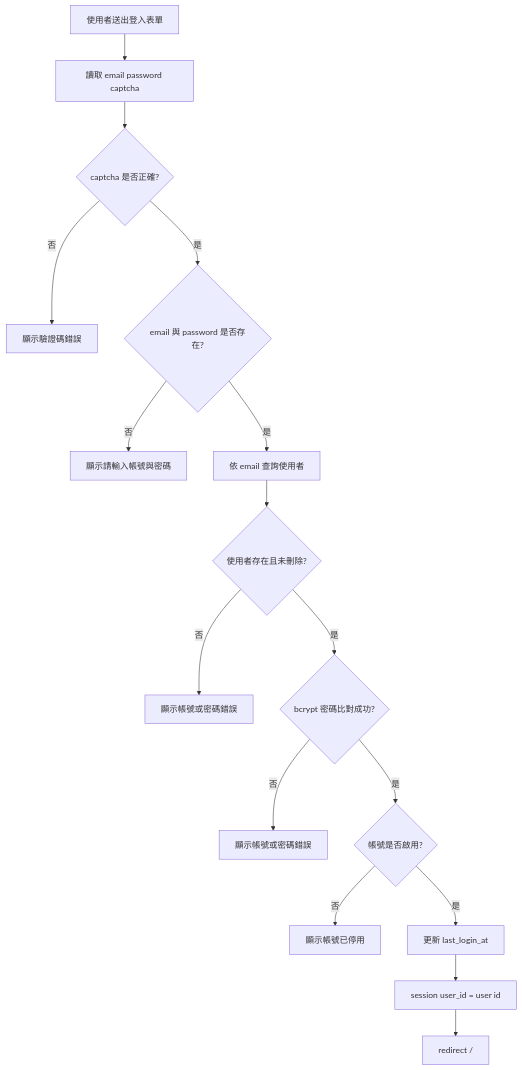
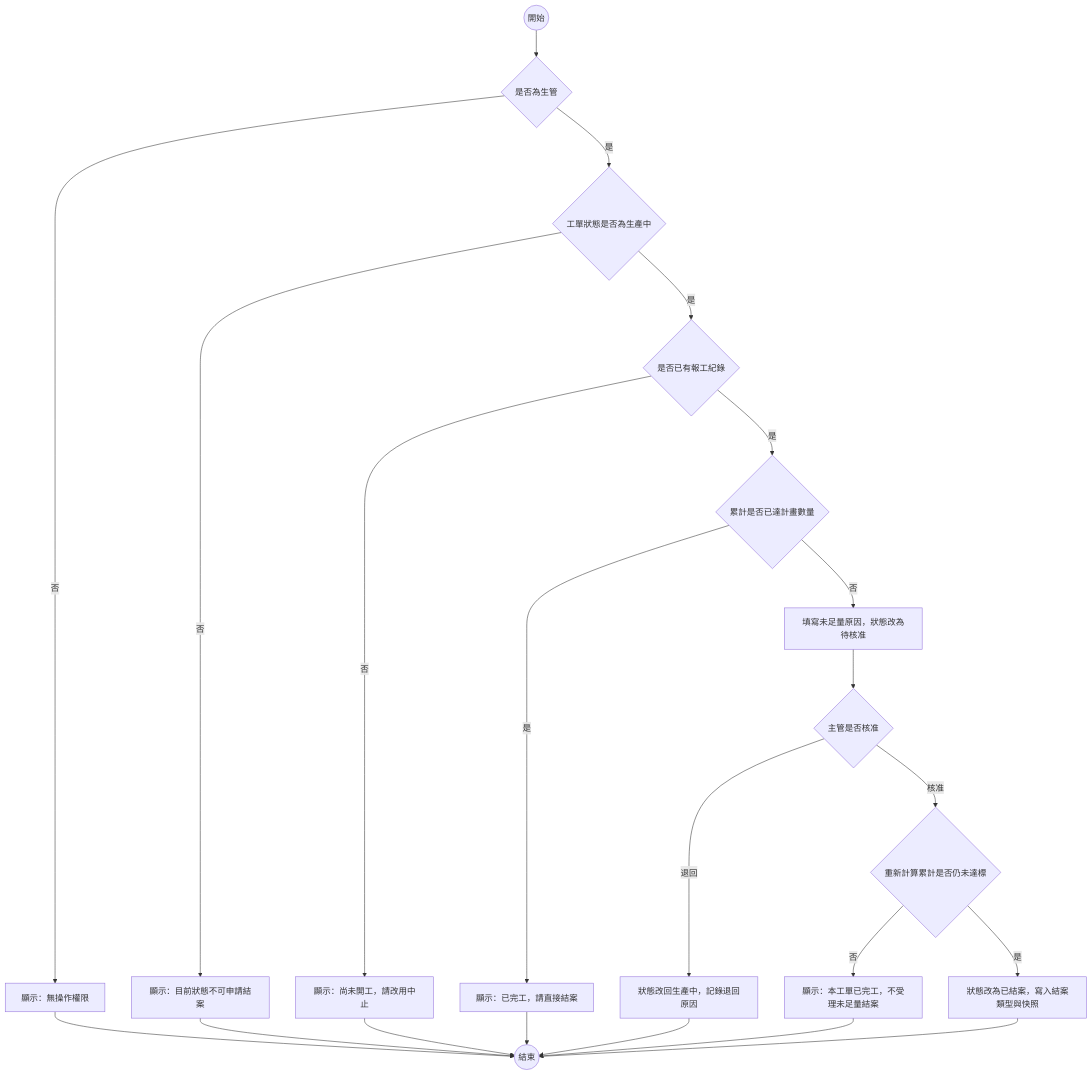
Before and after one commit to billy1125/system-analysis-and-design: the third of 9 diagrams in example-system/Design-Phase-Deliverables.md, drawn with Mermaid. The commit also changed other lines of this file and 5 other files, not shown here.

````diff
--- a/example-system/Design-Phase-Deliverables.md
+++ b/example-system/Design-Phase-Deliverables.md
@@ -149,18 +566,24 @@
 ```mermaid
 flowchart TD
-    A[使用者送出登入表單] --> B[讀取 email password captcha]
-    B --> C{captcha 是否正確?}
-    C -->|否| C1[顯示驗證碼錯誤]
-    C -->|是| D{email 與 password 是否存在?}
-    D -->|否| D1[顯示請輸入帳號與密碼]
-    D -->|是| E[依 email 查詢使用者]
-    E --> F{使用者存在且未刪除?}
-    F -->|否| F1[顯示帳號或密碼錯誤]
-    F -->|是| G{bcrypt 密碼比對成功?}
-    G -->|否| G1[顯示帳號或密碼錯誤]
-    G -->|是| H{帳號是否啟用?}
-    H -->|否| H1[顯示帳號已停用]
-    H -->|是| I[更新 last_login_at]
-    I --> J[session user_id = user id]
-    J --> K[redirect /]
+    START((開始)) --> C1{是否為生管}
+    C1 -->|否| X1[顯示：無操作權限]
+    C1 -->|是| C2{工單狀態是否為生產中}
+    C2 -->|否| X2[顯示：目前狀態不可申請結案]
+    C2 -->|是| C3{是否已有報工紀錄}
+    C3 -->|否| X3[顯示：尚未開工，請改用中止]
+    C3 -->|是| C4{累計是否已達計畫數量}
+    C4 -->|是| X4[顯示：已完工，請直接結案]
+    C4 -->|否| A1[填寫未足量原因，狀態改為待核准]
+    A1 --> C5{主管是否核准}
+    C5 -->|退回| A2[狀態改回生產中，記錄退回原因]
+    C5 -->|核准| C6{重新計算累計是否仍未達標}
+    C6 -->|否| X5[顯示：本工單已完工，不受理未足量結案]
+    C6 -->|是| A3[狀態改為已結案，寫入結案類型與快照]
+    A3 --> END((結束))
+    A2 --> END
+    X1 --> END
+    X2 --> END
+    X3 --> END
+    X4 --> END
+    X5 --> END
 ```
````
